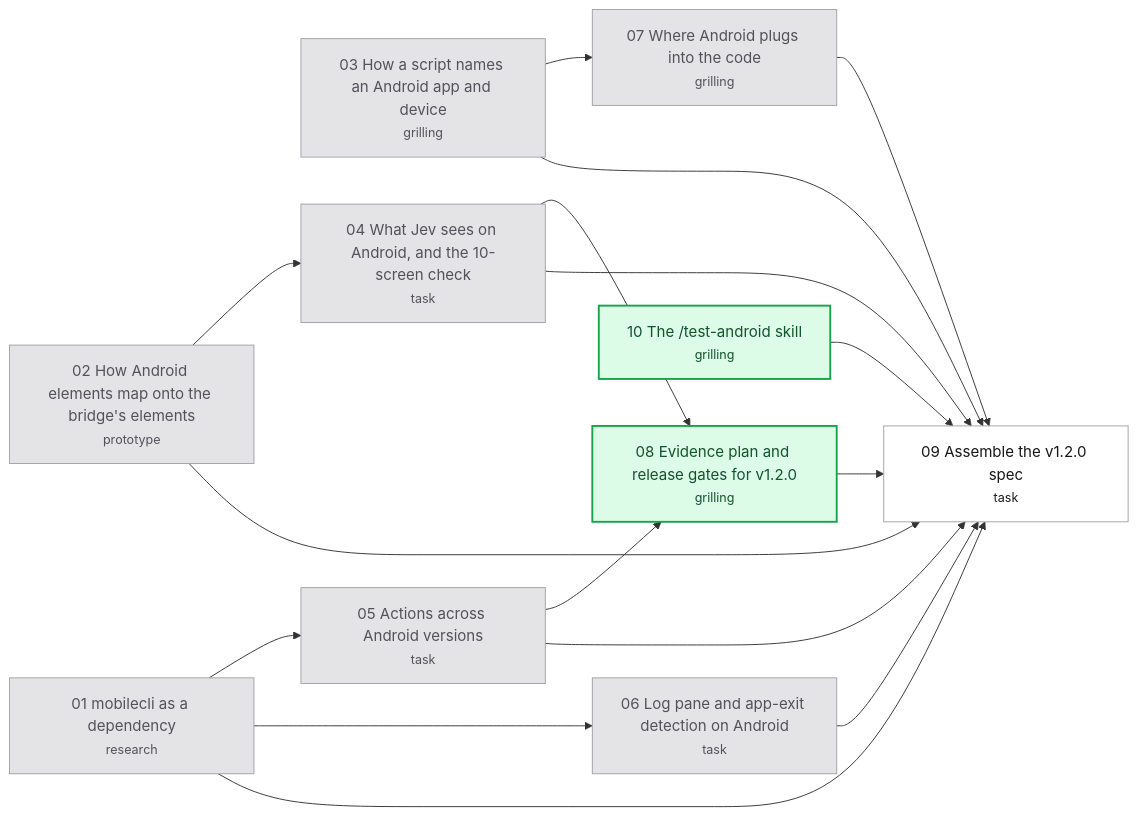
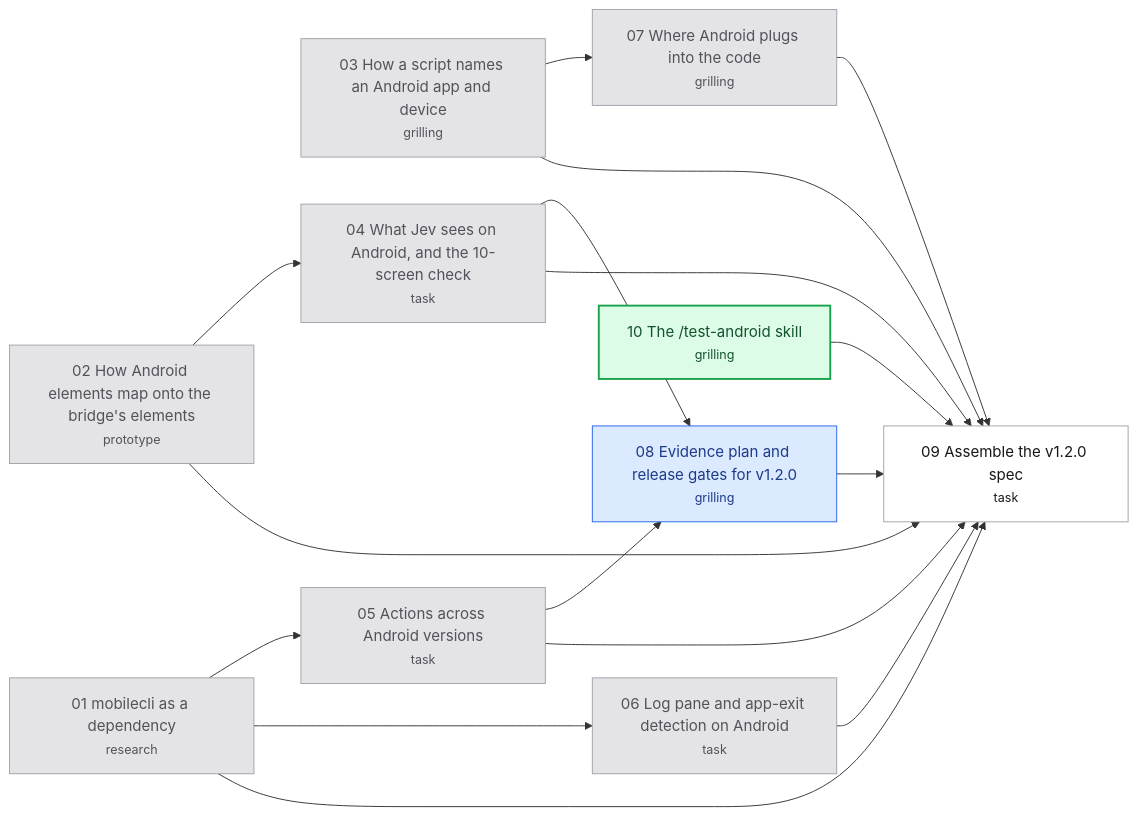
One commit to hugues-vnsgn/jev-ios-bridge changed the diagram in .scratch/android-support/map.md. Above: the diagram before and after it, drawn with Mermaid. The commit also changed 1 other file, not shown here.

Commit message:
wayfinder: claim "Evidence plan and release gates for v1.2.0"

````diff
--- a/.scratch/android-support/map.md
+++ b/.scratch/android-support/map.md
@@ -48,35 +48,36 @@
 ```mermaid
 flowchart LR
     T01["01 mobilecli as a dependency<br/><small>research</small>"]
     T02["02 How Android elements map onto the bridge's elements<br/><small>prototype</small>"]
     T03["03 How a script names an Android app and device<br/><small>grilling</small>"]
     T04["04 What Jev sees on Android, and the 10-screen check<br/><small>task</small>"]
     T05["05 Actions across Android versions<br/><small>task</small>"]
     T06["06 Log pane and app-exit detection on Android<br/><small>task</small>"]
     T07["07 Where Android plugs into the code<br/><small>grilling</small>"]
     T08["08 Evidence plan and release gates for v1.2.0<br/><small>grilling</small>"]
     T09["09 Assemble the v1.2.0 spec<br/><small>task</small>"]
     T10["10 The /test-android skill<br/><small>grilling</small>"]
     T02 --> T04
     T01 --> T05
     T01 --> T06
     T03 --> T07
     T04 --> T08
     T05 --> T08
     T01 --> T09
     T02 --> T09
     T03 --> T09
     T04 --> T09
     T05 --> T09
     T06 --> T09
     T07 --> T09
     T08 --> T09
     T10 --> T09
     classDef resolved fill:#e4e4e7,stroke:#a1a1aa,color:#52525b
     classDef claimed fill:#dbeafe,stroke:#2563eb,color:#1e3a8a
     classDef frontier fill:#dcfce7,stroke:#16a34a,color:#14532d,stroke-width:2px
     classDef blocked fill:#ffffff,stroke:#a1a1aa,color:#18181b
     class T01,T02,T03,T04,T05,T06,T07 resolved
-    class T08,T10 frontier
+    class T08 claimed
+    class T10 frontier
     class T09 blocked
 ```
````
